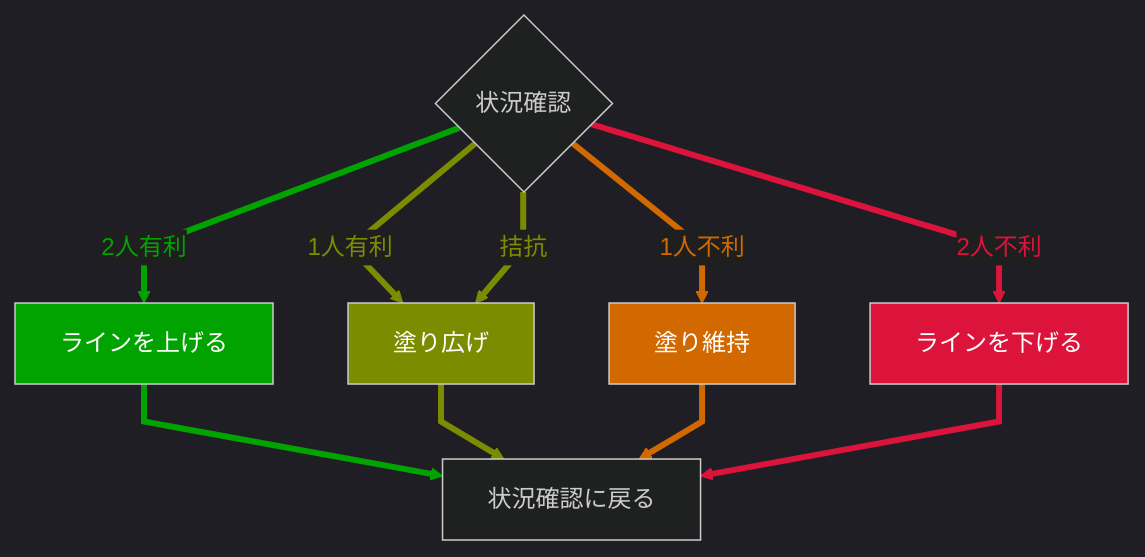
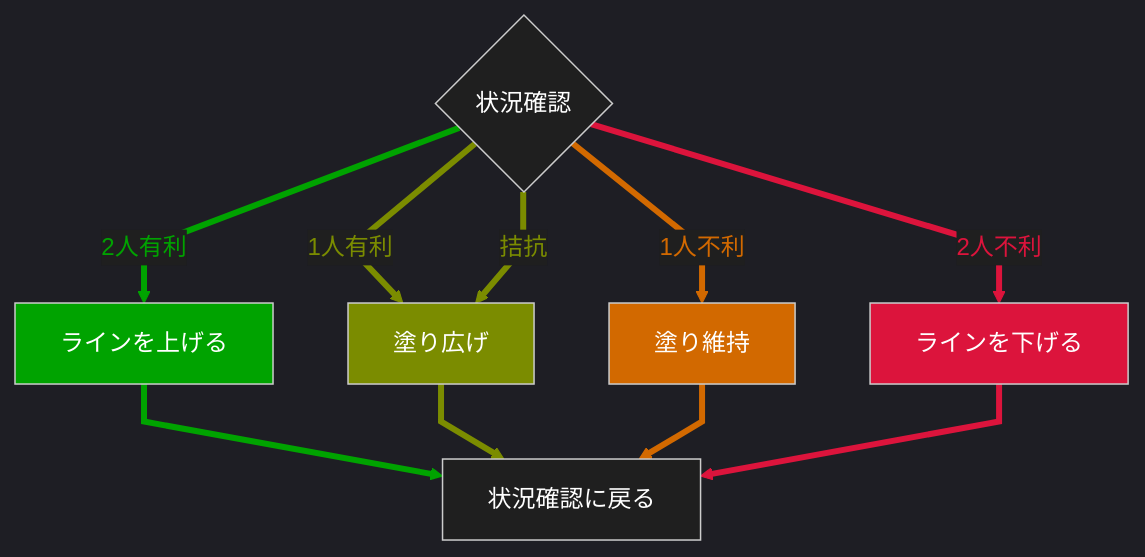
The diagram in splatoon3/memo-HeavySplatling.md (kotaoue/gamemo), drawn with Mermaid before and after one commit.

Commit message:
docs: 色を微調整

````diff
--- a/splatoon3/memo-HeavySplatling.md
+++ b/splatoon3/memo-HeavySplatling.md
@@ -29,42 +29,49 @@
 ```mermaid
 %%{ init: { 
   'theme':'dark', 
-  'themeVariables': { 'edgeLabelBackground':'#1f1f1f' },
+  'themeVariables': { 
+    'canvasBackground': '#1f1f1f',
+    'edgeLabelBackground':'#1f1f1f'
+  },
   'flowchart': { 'curve': 'linear' } 
   } 
 }%%
 
 graph TB
   if_weigh_pros_cons{状況確認}
   if_weigh_pros_cons--2人有利-->action_push
   if_weigh_pros_cons--1人有利-->action_paint
   if_weigh_pros_cons--拮抗-->action_paint
   if_weigh_pros_cons--1人不利-->action_stay
   if_weigh_pros_cons--2人不利-->action_pull
   action_push[ラインを上げる]-->action_return
   action_paint[塗り広げ]-->action_return
   action_stay[塗り維持]-->action_return
   action_pull[ラインを下げる]-->action_return
   action_return[状況確認に戻る]
+
+  %% 開始終了
+  style if_weigh_pros_cons color:#ffffff,fill:#1f1f1f
+  style action_return color:#ffffff,fill:#1f1f1f
 
   %% 2人有利
   style action_push color:#ffffff,fill:#00a300
   linkStyle 0 stroke-width:4px,stroke:#00a300,color:#00a300
   linkStyle 5 stroke-width:4px,stroke:#00a300
 
   %% 1人有利
   style action_paint color:#ffffff,fill:#7b8c00
   linkStyle 1 stroke-width:4px,stroke:#7b8c00,color:#7b8c00
   linkStyle 2 stroke-width:4px,stroke:#7b8c00,color:#7b8c00
   linkStyle 6 stroke-width:4px,stroke:#7b8c00
 
   %% 1人不利
   style action_stay color:#ffffff,fill:#d26900
   linkStyle 3 stroke-width:4px,stroke:#d26900,color:#d26900
   linkStyle 7 stroke-width:4px,stroke:#d26900
 
   %% 2人不利
   style action_pull color:#ffffff,fill:#dc143c
   linkStyle 4 stroke-width:4px,stroke:#dc143c,color:#dc143c
   linkStyle 8 stroke-width:4px,stroke:#dc143c
 ```
````
